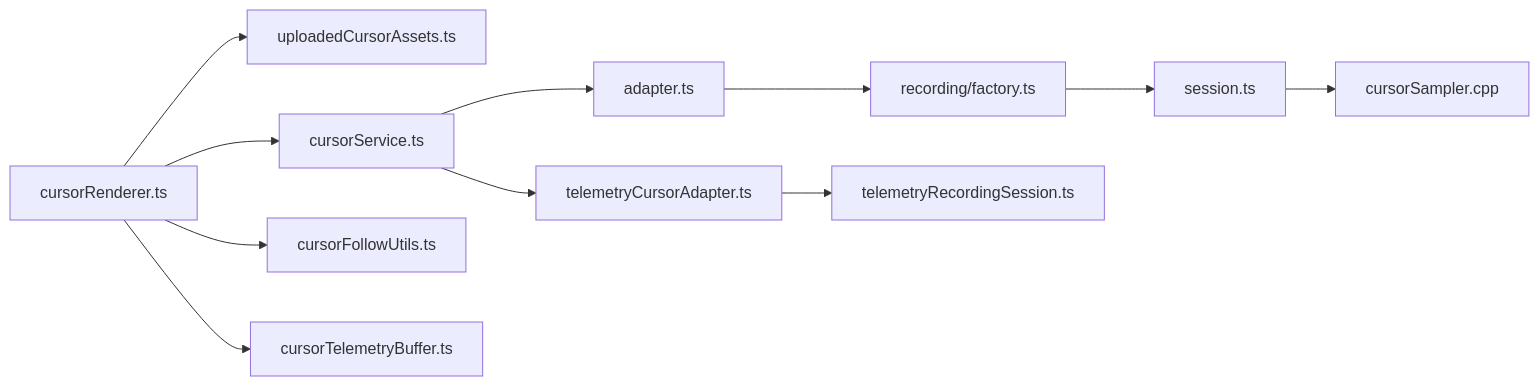
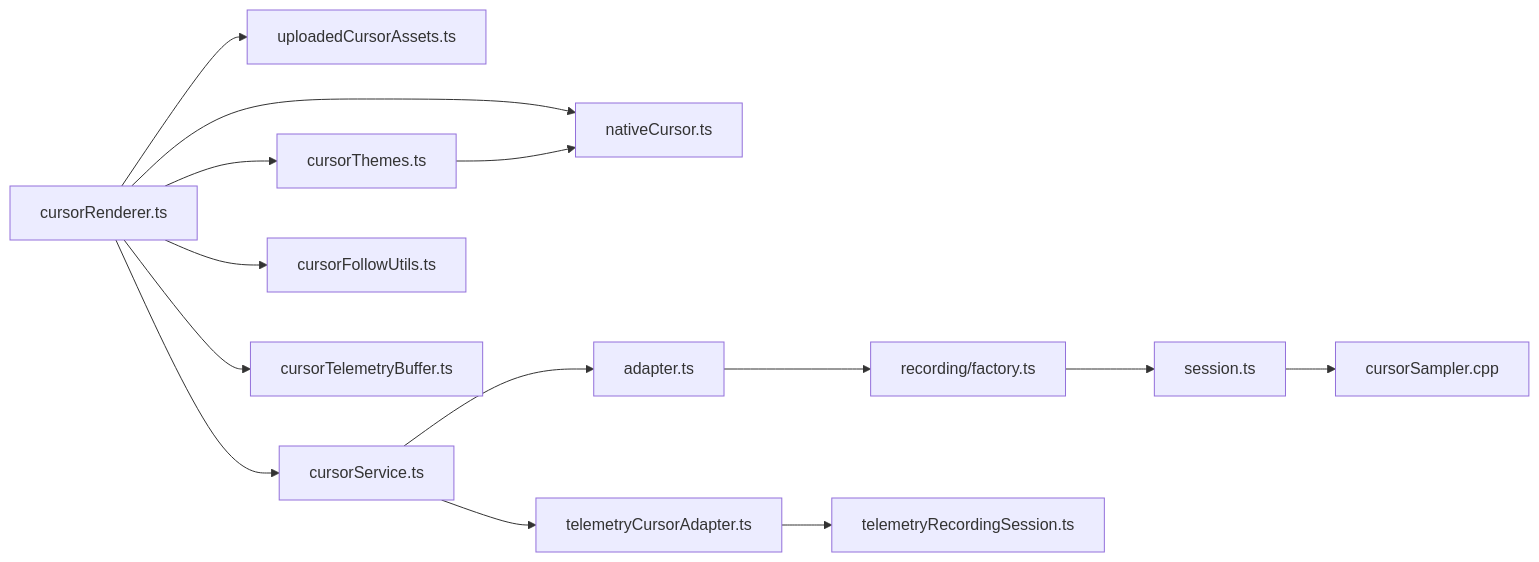
The ninth of 9 diagrams in .qoder/repowiki/zh/content/游标遥测系统/游标资产管理系统.md (zhanggmin/openscreen), drawn with Mermaid before and after one commit. The commit also changed other lines of this file and 68 other files, not shown here.

Commit message:
开发图文编辑功能

````diff
--- a/.qoder/repowiki/zh/content/游标遥测系统/游标资产管理系统.md
+++ b/.qoder/repowiki/zh/content/游标遥测系统/游标资产管理系统.md
@@ -337,13 +471,16 @@
 ```mermaid
 graph LR
 Renderer["cursorRenderer.ts"] --> Assets["uploadedCursorAssets.ts"]
 Renderer --> Service["cursorService.ts"]
+Renderer --> Themes["cursorThemes.ts"]
+Renderer --> NativeCursor["nativeCursor.ts"]
 Service --> Adapter["adapter.ts"]
 Adapter --> Factory["recording/factory.ts"]
 Factory --> Session["session.ts"]
 Session --> Sampler["cursorSampler.cpp"]
 Service --> TelemetryAdapter["telemetryCursorAdapter.ts"]
 TelemetryAdapter --> TelemetrySession["telemetryRecordingSession.ts"]
 Renderer --> Follow["cursorFollowUtils.ts"]
 Renderer --> TelemetryBuffer["cursorTelemetryBuffer.ts"]
+Themes --> NativeCursor
 ```
````
